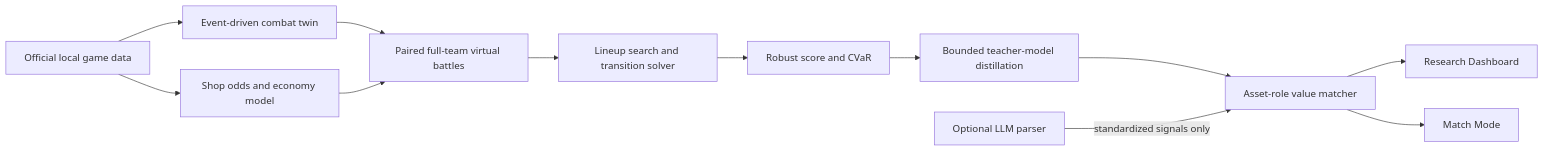
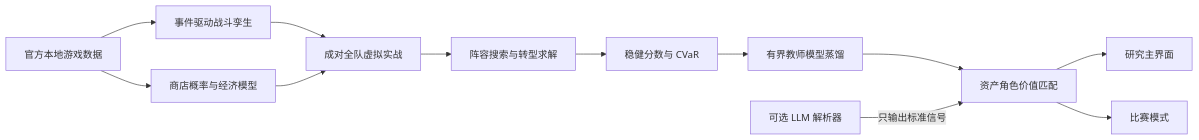
One commit to 2300969-star/jcc-s18-research-lab changed the diagram in README.md. Above: the diagram before and after it, drawn with Mermaid. The commit also changed other lines of this file, not shown here.

````diff
--- a/README.md
+++ b/README.md
@@ -46,14 +49,14 @@
 ```mermaid
 flowchart LR
-  A[Official local game data] --> B[Event-driven combat twin]
-  A --> C[Shop odds and economy model]
-  B --> D[Paired full-team virtual battles]
+  A["官方本地游戏数据"] --> B["事件驱动战斗孪生"]
+  A --> C["商店概率与经济模型"]
+  B --> D["成对全队虚拟实战"]
   C --> D
-  D --> E[Lineup search and transition solver]
-  E --> F[Robust score and CVaR]
-  F --> G[Bounded teacher-model distillation]
-  G --> K[Asset-role value matcher]
-  K --> H[Research Dashboard]
-  K --> I[Match Mode]
-  J[Optional LLM parser] -->|standardized signals only| K
+  D --> E["阵容搜索与转型求解"]
+  E --> F["稳健分数与 CVaR"]
+  F --> G["有界教师模型蒸馏"]
+  G --> K["资产角色价值匹配"]
+  K --> H["研究主界面"]
+  K --> I["比赛模式"]
+  J["可选 LLM 解析器"] -->|"只输出标准信号"| K
 ```
````
